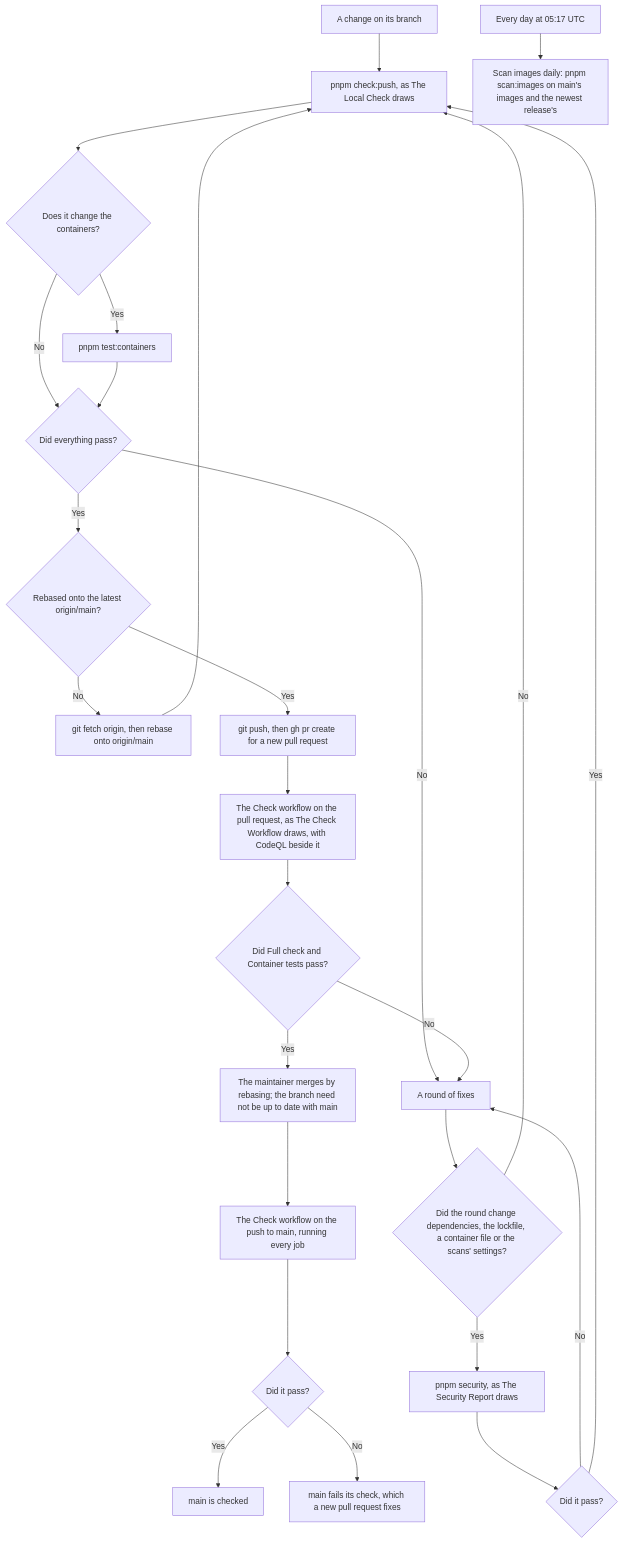
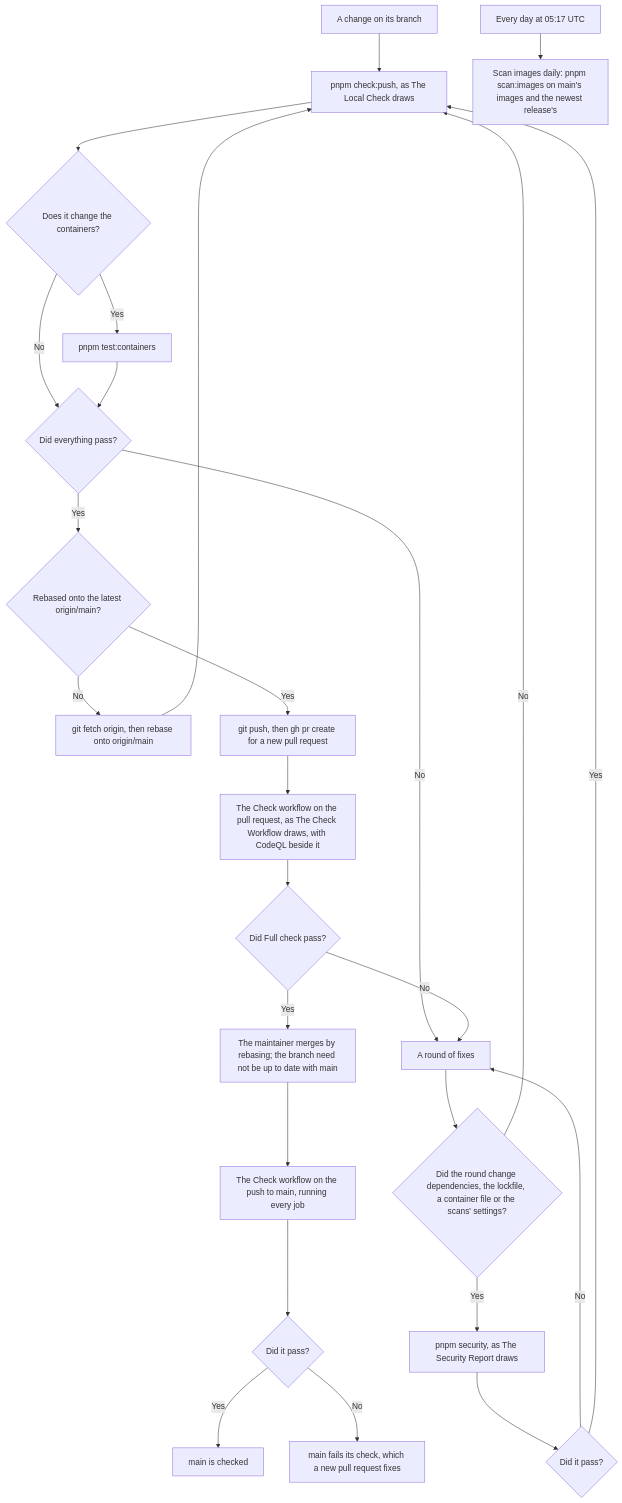
Before and after one commit to ribbitworks/fathom: the seventh of 11 diagrams in docs/design/checks-and-ci.md, drawn with Mermaid. The commit also changed other lines of this file and 2 other files, not shown here.

First line of the commit message:
chore: make Full check the one check a merge needs

````diff
--- a/docs/design/checks-and-ci.md
+++ b/docs/design/checks-and-ci.md
@@ -188,28 +188,28 @@
 ```mermaid
 flowchart TD
     Change["A change on its branch"] --> CheckPush["pnpm check:push, as The Local Check draws"]
     CheckPush --> AffectsContainers{"Does it change the containers?"}
     AffectsContainers -- Yes --> TestContainers["pnpm test:containers"]
     AffectsContainers -- No --> LocalPassed{"Did everything pass?"}
     TestContainers --> LocalPassed
     LocalPassed -- No --> Fix["A round of fixes"]
     Fix --> SecurityInputs{"Did the round change dependencies, the lockfile, a container file or the scans' settings?"}
     SecurityInputs -- Yes --> Security["pnpm security, as The Security Report draws"]
     Security --> SecurityPassed{"Did it pass?"}
     SecurityPassed -- No --> Fix
     SecurityInputs -- No --> CheckPush
     SecurityPassed -- Yes --> CheckPush
     LocalPassed -- Yes --> Rebased{"Rebased onto the latest origin/main?"}
     Rebased -- No --> Rebase["git fetch origin, then rebase onto origin/main"]
     Rebase --> CheckPush
     Rebased -- Yes --> Push["git push, then gh pr create for a new pull request"]
     Push --> CheckWorkflow["The Check workflow on the pull request, as The Check Workflow draws, with CodeQL beside it"]
-    CheckWorkflow --> Required{"Did Full check and Container tests pass?"}
+    CheckWorkflow --> Required{"Did Full check pass?"}
     Required -- No --> Fix
     Required -- Yes --> Merge["The maintainer merges by rebasing; the branch need not be up to date with main"]
     Merge --> MainRun["The Check workflow on the push to main, running every job"]
     MainRun --> MainPassed{"Did it pass?"}
     MainPassed -- No --> MainFailed["main fails its check, which a new pull request fixes"]
     MainPassed -- Yes --> MainChecked["main is checked"]
     Daily["Every day at 05:17 UTC"] --> ScanImages["Scan images daily: pnpm scan:images on main's images and the newest release's"]
 ```
````
